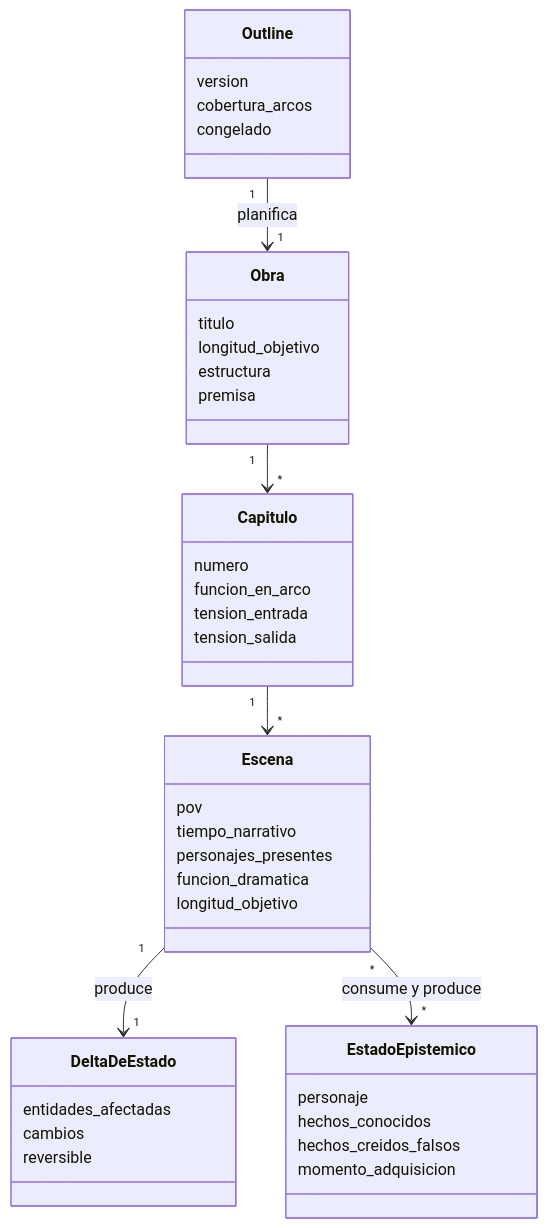
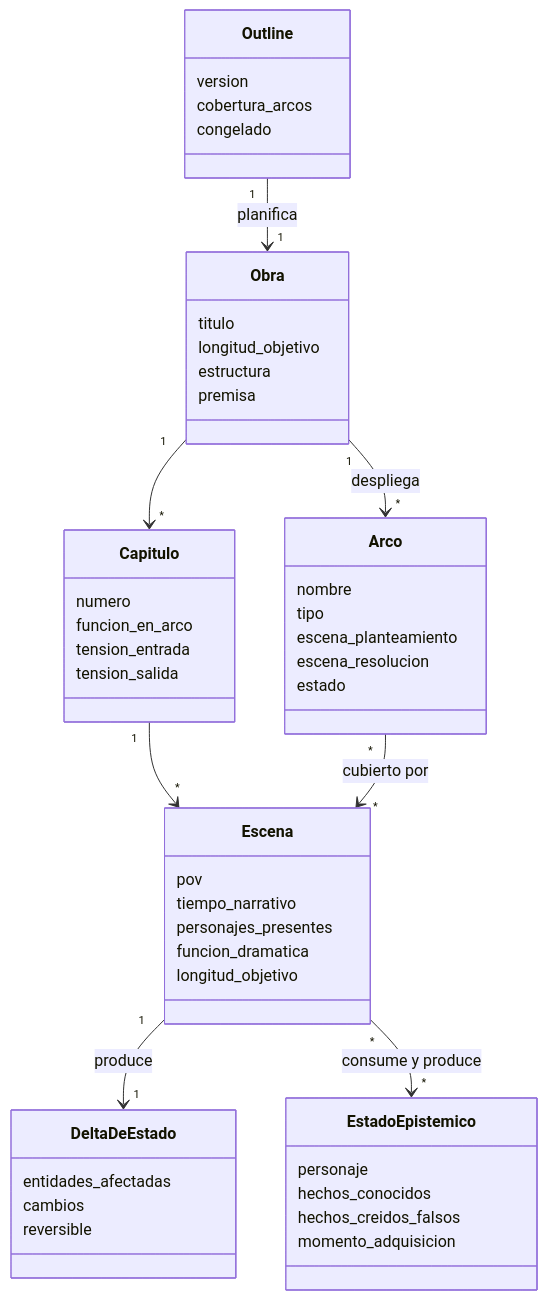
The second of 4 diagrams in docs/definitions.md (JNico-rb/story-maker), drawn with Mermaid before and after one commit. The commit also changed other lines of this file and 10 other files, not shown here.

````diff
--- a/docs/definitions.md
+++ b/docs/definitions.md
@@ -188,44 +196,53 @@
 ```mermaid
 classDiagram
     class Obra {
         titulo
         longitud_objetivo
         estructura
         premisa
     }
     class Capitulo {
         numero
         funcion_en_arco
         tension_entrada
         tension_salida
     }
     class Escena {
         pov
         tiempo_narrativo
         personajes_presentes
         funcion_dramatica
         longitud_objetivo
     }
     class DeltaDeEstado {
         entidades_afectadas
         cambios
         reversible
     }
     class EstadoEpistemico {
         personaje
         hechos_conocidos
         hechos_creidos_falsos
         momento_adquisicion
     }
     class Outline {
         version
         cobertura_arcos
         congelado
     }
+    class Arco {
+        nombre
+        tipo
+        escena_planteamiento
+        escena_resolucion
+        estado
+    }
 
     Obra "1" --> "*" Capitulo
     Capitulo "1" --> "*" Escena
+    Obra "1" --> "*" Arco : despliega
+    Arco "*" --> "*" Escena : cubierto por
     Escena "1" --> "1" DeltaDeEstado : produce
     Escena "*" --> "*" EstadoEpistemico : consume y produce
     Outline "1" --> "1" Obra : planifica
 ```
````
